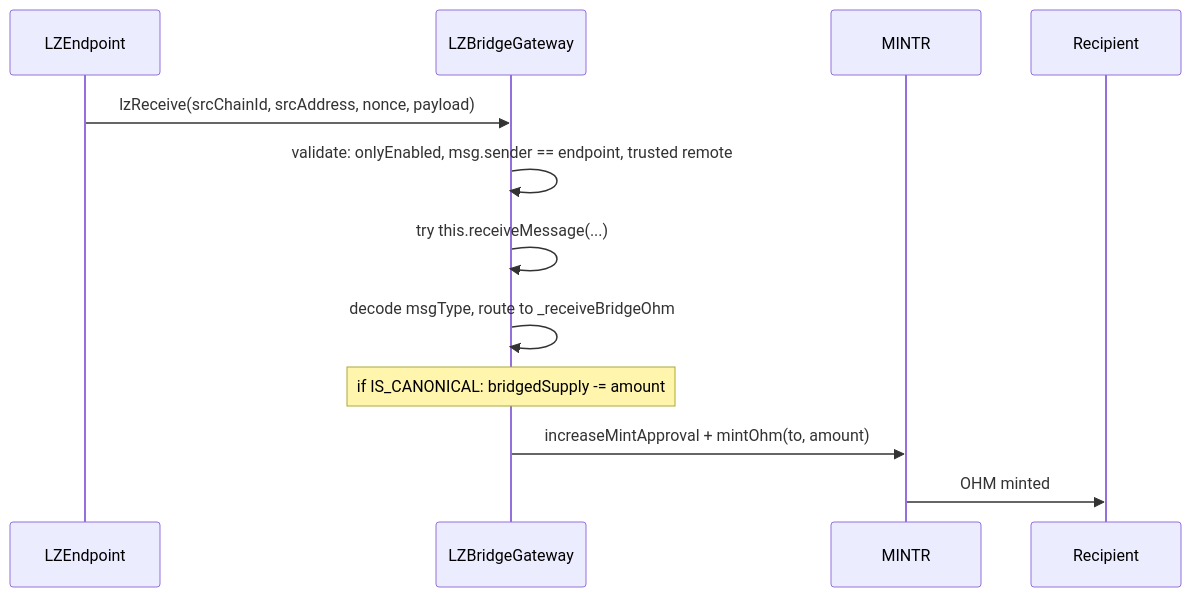
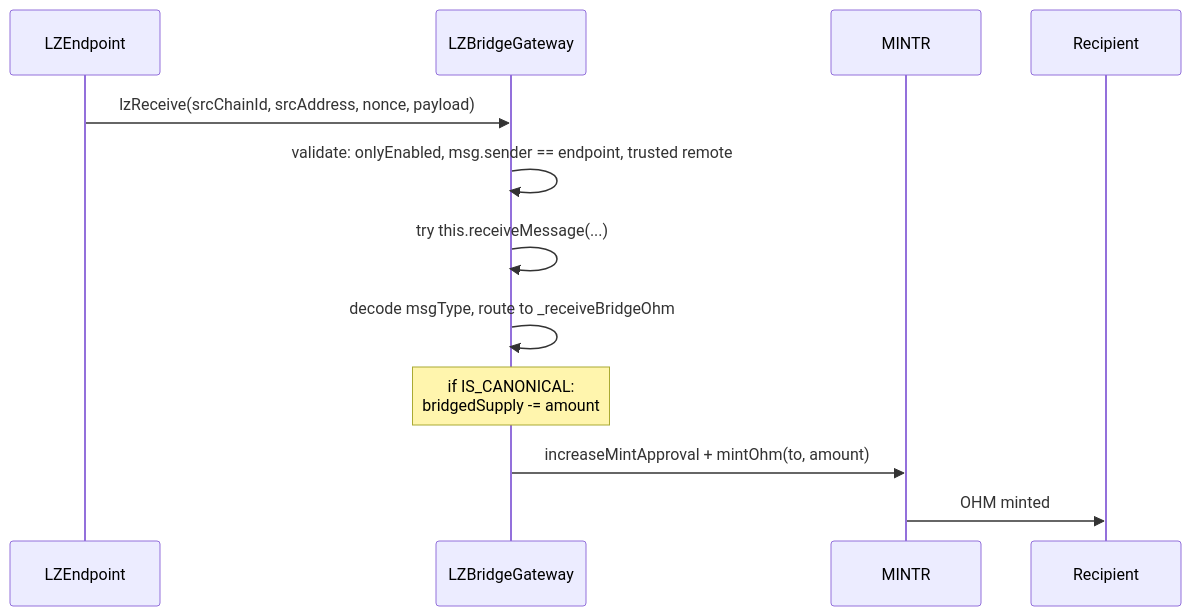
The second of 3 diagrams in audit/2026-03_lz-bridge-upgrade/README.md (OlympusDAO/olympus-v3), drawn with Mermaid before and after one commit. The commit also changed other lines of this file, not shown here.

Commit message:
chore: fix formatting issue in mermaid diagrams

````diff
--- a/audit/2026-03_lz-bridge-upgrade/README.md
+++ b/audit/2026-03_lz-bridge-upgrade/README.md
@@ -133,15 +133,15 @@
 ```mermaid
 sequenceDiagram
     participant LZEndpoint
     participant LZBridgeGateway
     participant MINTR
     participant Recipient
 
     LZEndpoint->>LZBridgeGateway: lzReceive(srcChainId, srcAddress, nonce, payload)
     LZBridgeGateway->>LZBridgeGateway: validate: onlyEnabled, msg.sender == endpoint, trusted remote
     LZBridgeGateway->>LZBridgeGateway: try this.receiveMessage(...)
     LZBridgeGateway->>LZBridgeGateway: decode msgType, route to _receiveBridgeOhm
-    Note over LZBridgeGateway: if IS_CANONICAL: bridgedSupply -= amount
+    Note over LZBridgeGateway: if IS_CANONICAL:<br/>bridgedSupply -= amount
     LZBridgeGateway->>MINTR: increaseMintApproval + mintOhm(to, amount)
     MINTR->>Recipient: OHM minted
 ```
````
